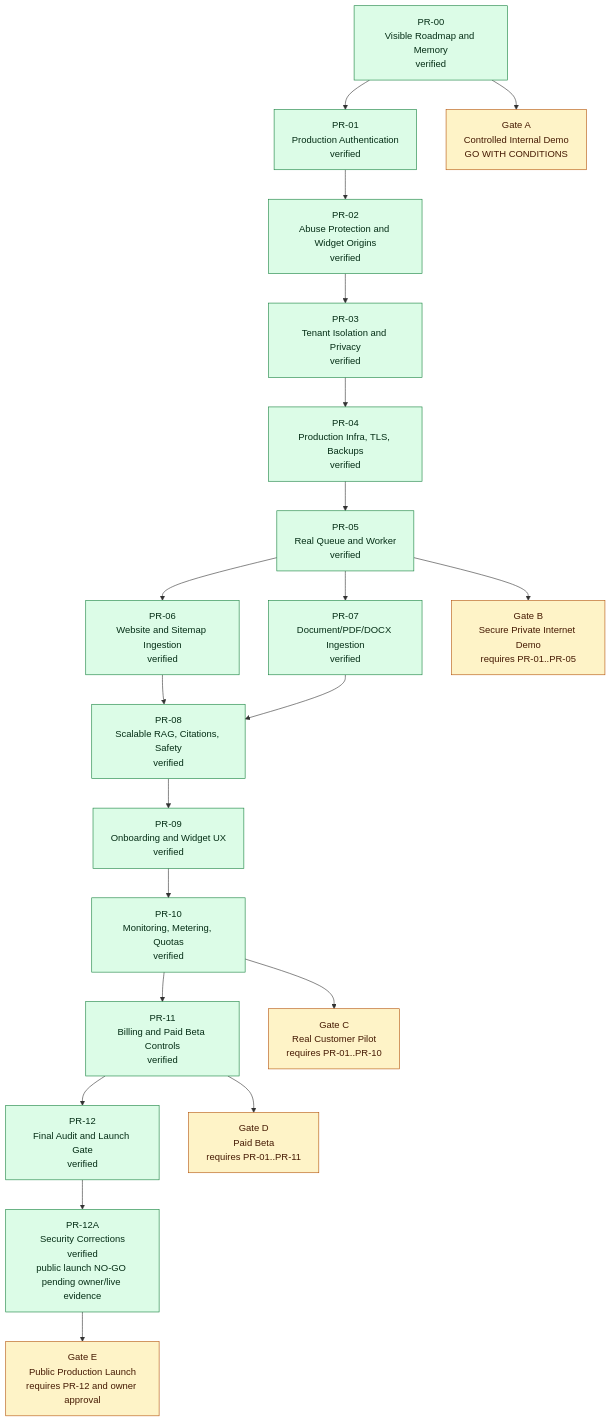
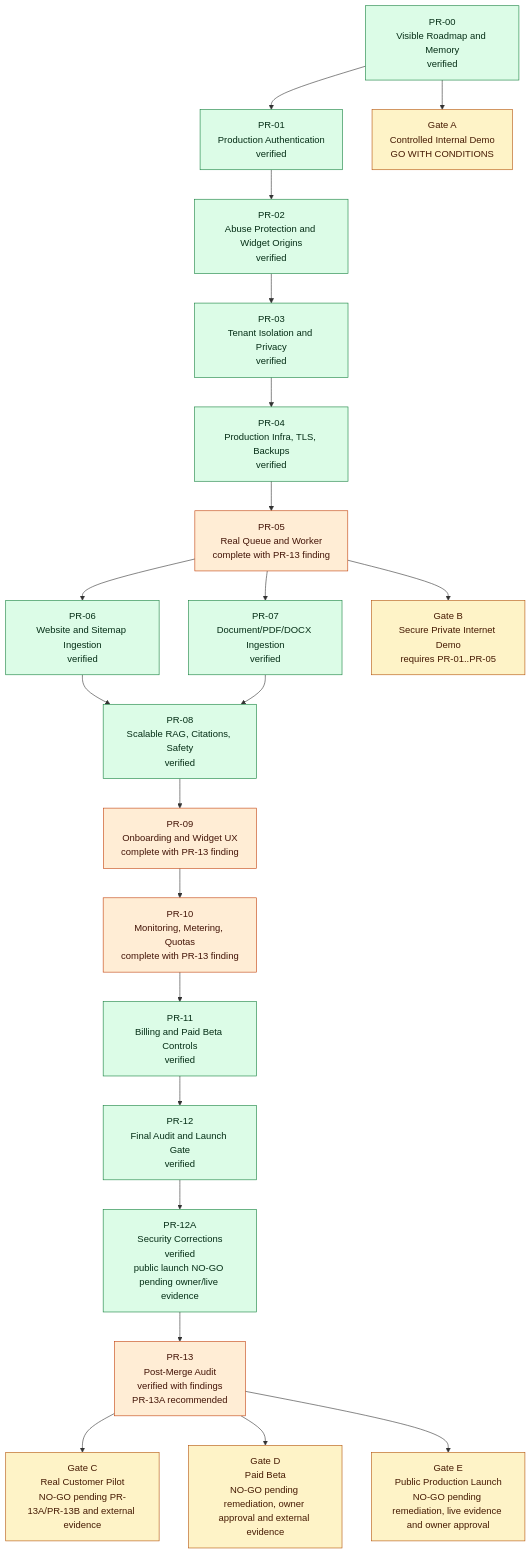
One commit to Tauhid-dev/AI-Magnet changed the diagram in production-control/03_PHASE_DEPENDENCY_GRAPH.md. Above: the diagram before and after it, drawn with Mermaid. The commit also changed other lines of this file and 27 other files, not shown here.

Commit message:
docs: add PR-13 post-merge production audit

````diff
--- a/production-control/03_PHASE_DEPENDENCY_GRAPH.md
+++ b/production-control/03_PHASE_DEPENDENCY_GRAPH.md
@@ -5,44 +5,47 @@
 ```mermaid
 flowchart TB
     PR00["PR-00<br/>Visible Roadmap and Memory<br/>verified"]
     PR01["PR-01<br/>Production Authentication<br/>verified"]
     PR02["PR-02<br/>Abuse Protection and Widget Origins<br/>verified"]
     PR03["PR-03<br/>Tenant Isolation and Privacy<br/>verified"]
     PR04["PR-04<br/>Production Infra, TLS, Backups<br/>verified"]
-    PR05["PR-05<br/>Real Queue and Worker<br/>verified"]
+    PR05["PR-05<br/>Real Queue and Worker<br/>complete with PR-13 finding"]
     PR06["PR-06<br/>Website and Sitemap Ingestion<br/>verified"]
     PR07["PR-07<br/>Document/PDF/DOCX Ingestion<br/>verified"]
     PR08["PR-08<br/>Scalable RAG, Citations, Safety<br/>verified"]
-    PR09["PR-09<br/>Onboarding and Widget UX<br/>verified"]
-    PR10["PR-10<br/>Monitoring, Metering, Quotas<br/>verified"]
+    PR09["PR-09<br/>Onboarding and Widget UX<br/>complete with PR-13 finding"]
+    PR10["PR-10<br/>Monitoring, Metering, Quotas<br/>complete with PR-13 finding"]
     PR11["PR-11<br/>Billing and Paid Beta Controls<br/>verified"]
     PR12["PR-12<br/>Final Audit and Launch Gate<br/>verified"]
     PR12A["PR-12A<br/>Security Corrections<br/>verified<br/>public launch NO-GO pending owner/live evidence"]
+    PR13["PR-13<br/>Post-Merge Audit<br/>verified with findings<br/>PR-13A recommended"]
 
     GateA["Gate A<br/>Controlled Internal Demo<br/>GO WITH CONDITIONS"]
     GateB["Gate B<br/>Secure Private Internet Demo<br/>requires PR-01..PR-05"]
-    GateC["Gate C<br/>Real Customer Pilot<br/>requires PR-01..PR-10"]
-    GateD["Gate D<br/>Paid Beta<br/>requires PR-01..PR-11"]
-    GateE["Gate E<br/>Public Production Launch<br/>requires PR-12 and owner approval"]
+    GateC["Gate C<br/>Real Customer Pilot<br/>NO-GO pending PR-13A/PR-13B and external evidence"]
+    GateD["Gate D<br/>Paid Beta<br/>NO-GO pending remediation, owner approval and external evidence"]
+    GateE["Gate E<br/>Public Production Launch<br/>NO-GO pending remediation, live evidence and owner approval"]
 
     PR00 --> PR01 --> PR02 --> PR03 --> PR04 --> PR05
     PR05 --> PR06
     PR05 --> PR07
     PR06 --> PR08
     PR07 --> PR08
-    PR08 --> PR09 --> PR10 --> PR11 --> PR12 --> PR12A
+    PR08 --> PR09 --> PR10 --> PR11 --> PR12 --> PR12A --> PR13
 
     PR00 --> GateA
     PR05 --> GateB
-    PR10 --> GateC
-    PR11 --> GateD
-    PR12A --> GateE
+    PR13 --> GateC
+    PR13 --> GateD
+    PR13 --> GateE
 
     classDef verified fill:#dcfce7,stroke:#15803d,color:#052e16
     classDef blocker fill:#fee2e2,stroke:#b91c1c,color:#450a0a
+    classDef high fill:#ffedd5,stroke:#c2410c,color:#431407
     classDef notStarted fill:#f1f5f9,stroke:#64748b,color:#0f172a
     classDef gate fill:#fef3c7,stroke:#b45309,color:#451a03
 
-    class PR00,PR01,PR02,PR03,PR04,PR05,PR06,PR07,PR08,PR09,PR10,PR11,PR12,PR12A verified
+    class PR00,PR01,PR02,PR03,PR04,PR06,PR07,PR08,PR11,PR12,PR12A verified
+    class PR05,PR09,PR10,PR13 high
     class GateA,GateB,GateC,GateD,GateE gate
 ```
````
